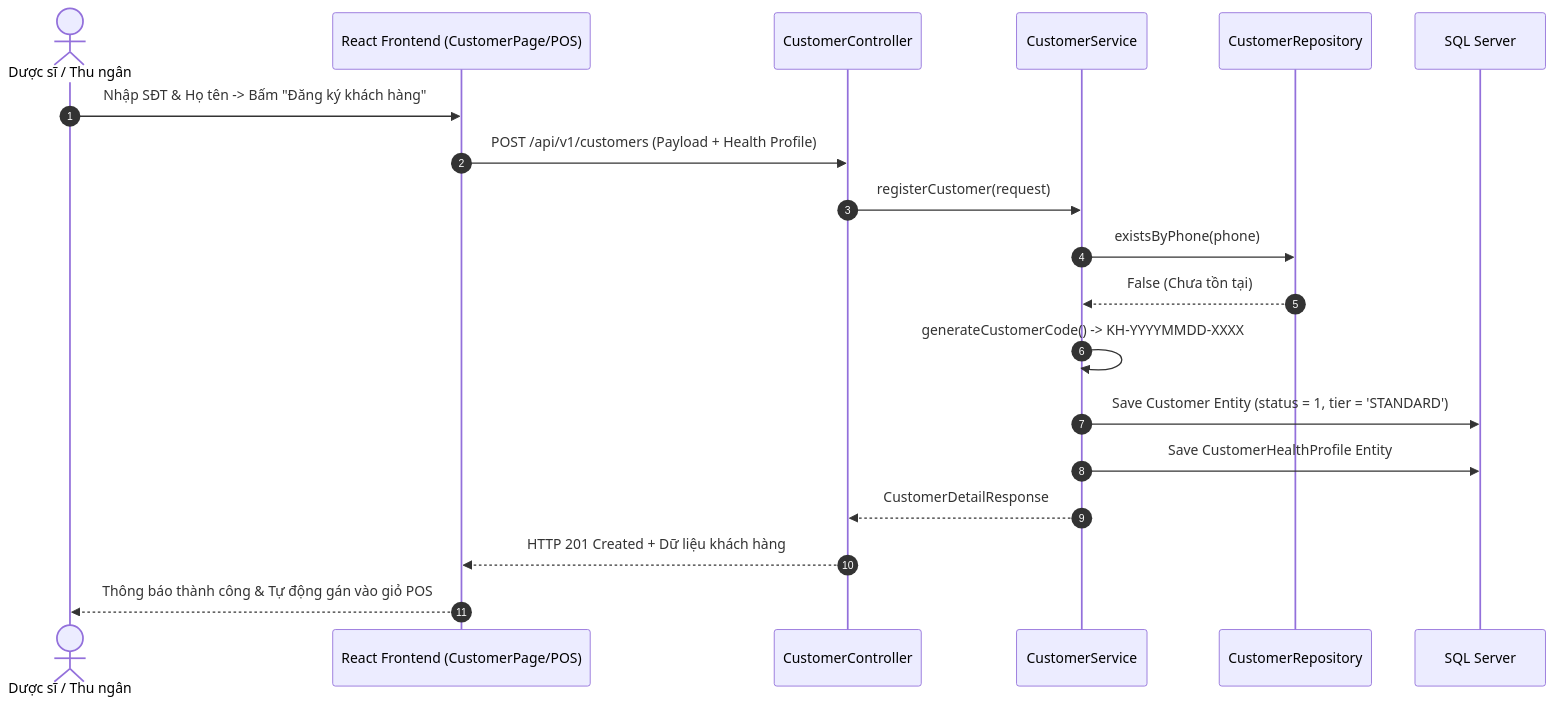
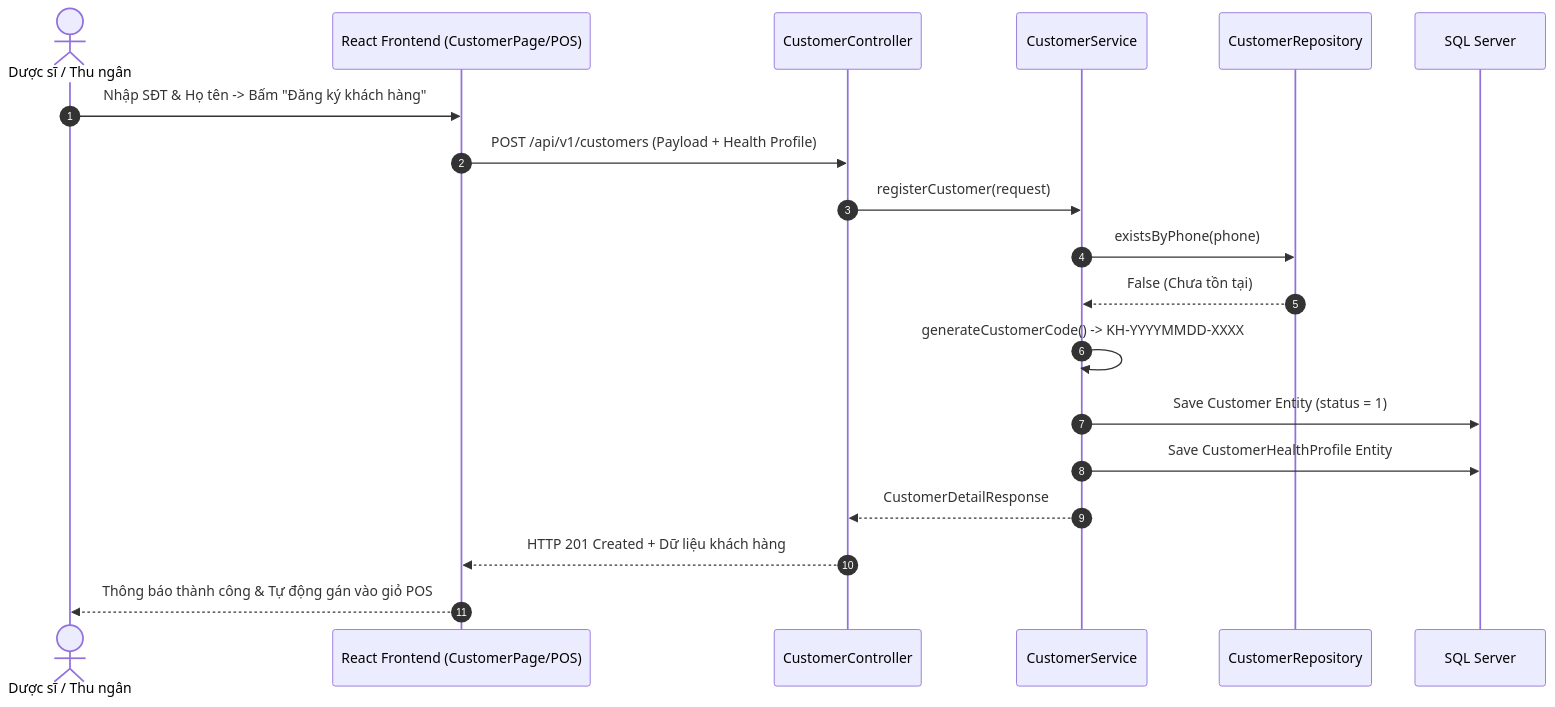
Before and after one commit to TuanNam1121/PharmacyManagementSystem: the second of 2 diagrams in doc/customer_management/README.md, drawn with Mermaid. The commit also changed other lines of this file and 5 other files, not shown here.

Commit message:
docs(customer): remove membership tier and loyalty points from customer management specifications

````diff
--- a/doc/customer_management/README.md
+++ b/doc/customer_management/README.md
@@ -96,22 +93,22 @@
 ```mermaid
 sequenceDiagram
     autonumber
     actor DượcSĩ as Dược sĩ / Thu ngân
     participant FE as React Frontend (CustomerPage/POS)
     participant Ctrl as CustomerController
     participant Svc as CustomerService
     participant Repo as CustomerRepository
     participant DB as SQL Server
 
     DượcSĩ->>FE: Nhập SĐT & Họ tên -> Bấm "Đăng ký khách hàng"
     FE->>Ctrl: POST /api/v1/customers (Payload + Health Profile)
     Ctrl->>Svc: registerCustomer(request)
     Svc->>Repo: existsByPhone(phone)
     Repo-->>Svc: False (Chưa tồn tại)
     Svc->>Svc: generateCustomerCode() -> KH-YYYYMMDD-XXXX
-    Svc->>DB: Save Customer Entity (status = 1, tier = 'STANDARD')
+    Svc->>DB: Save Customer Entity (status = 1)
     Svc->>DB: Save CustomerHealthProfile Entity
     Svc-->>Ctrl: CustomerDetailResponse
     Ctrl-->>FE: HTTP 201 Created + Dữ liệu khách hàng
     FE-->>DượcSĩ: Thông báo thành công & Tự động gán vào giỏ POS
 ```
````
